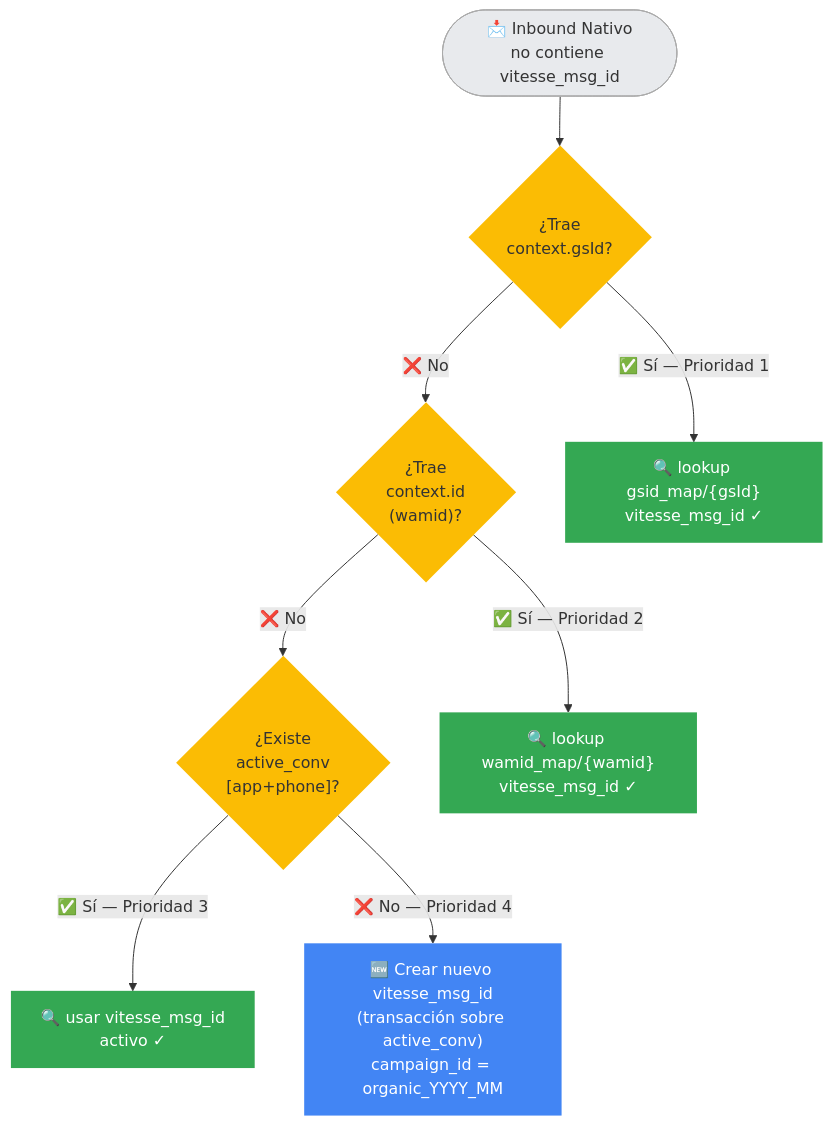
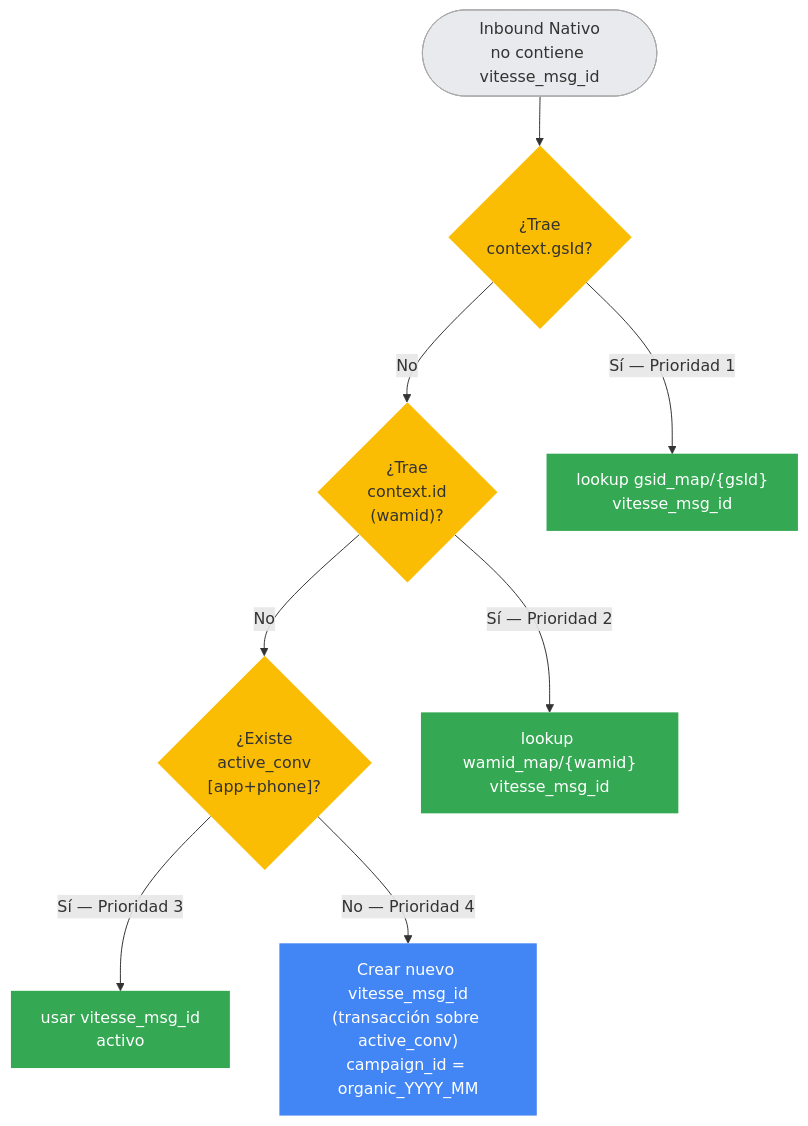
Before and after one commit to marioguaqueta/vitesse-message-pub-sub-service: the eighth of 10 diagrams in vitesse_terraform_design.md, drawn with Mermaid. The commit also changed other lines of this file and 1 other file, not shown here.

Commit message:
nuevo formato

````diff
--- a/vitesse_terraform_design.md
+++ b/vitesse_terraform_design.md
@@ -809,27 +809,27 @@
 ```mermaid
 flowchart TD
-    classDef decision fill:#FBBC04,color:#333,stroke:none
-    classDef result   fill:#34A853,color:#fff,stroke:none
-    classDef action   fill:#4285F4,color:#fff,stroke:none
-    classDef start    fill:#E8EAED,color:#333,stroke:#aaa
+  classDef decision fill:#FBBC04,color:#333,stroke:none
+  classDef result  fill:#34A853,color:#fff,stroke:none
+  classDef action  fill:#4285F4,color:#fff,stroke:none
+  classDef start  fill:#E8EAED,color:#333,stroke:#aaa
 
-    START(["📩 Inbound Nativo\nno contiene vitesse_msg_id"]):::start
+  START(["Inbound Nativo\nno contiene vitesse_msg_id"]):::start
 
-    Q1{"¿Trae\ncontext.gsId?"}:::decision
-    Q2{"¿Trae\ncontext.id\n(wamid)?"}:::decision
-    Q3{"¿Existe\nactive_conv\n[app+phone]?"}:::decision
+  Q1{"¿Trae\ncontext.gsId?"}:::decision
+  Q2{"¿Trae\ncontext.id\n(wamid)?"}:::decision
+  Q3{"¿Existe\nactive_conv\n[app+phone]?"}:::decision
 
-    R1["🔍 lookup gsid_map/{gsId}\nvitesse_msg_id ✓"]:::result
-    R2["🔍 lookup wamid_map/{wamid}\nvitesse_msg_id ✓"]:::result
-    R3["🔍 usar vitesse_msg_id\nactivo ✓"]:::result
+  R1["lookup gsid_map/{gsId}\nvitesse_msg_id "]:::result
+  R2["lookup wamid_map/{wamid}\nvitesse_msg_id "]:::result
+  R3["usar vitesse_msg_id\nactivo "]:::result
 
-    R4["🆕 Crear nuevo vitesse_msg_id\n(transacción sobre active_conv)\ncampaign_id = organic_YYYY_MM"]:::action
+  R4["Crear nuevo vitesse_msg_id\n(transacción sobre active_conv)\ncampaign_id = organic_YYYY_MM"]:::action
 
-    START --> Q1
-    Q1 -->|✅ Sí — Prioridad 1| R1
-    Q1 -->|❌ No| Q2
-    Q2 -->|✅ Sí — Prioridad 2| R2
-    Q2 -->|❌ No| Q3
-    Q3 -->|✅ Sí — Prioridad 3| R3
-    Q3 -->|❌ No — Prioridad 4| R4
+  START --> Q1
+  Q1 -->| Sí — Prioridad 1| R1
+  Q1 -->| No| Q2
+  Q2 -->| Sí — Prioridad 2| R2
+  Q2 -->| No| Q3
+  Q3 -->| Sí — Prioridad 3| R3
+  Q3 -->| No — Prioridad 4| R4
 ```
````
